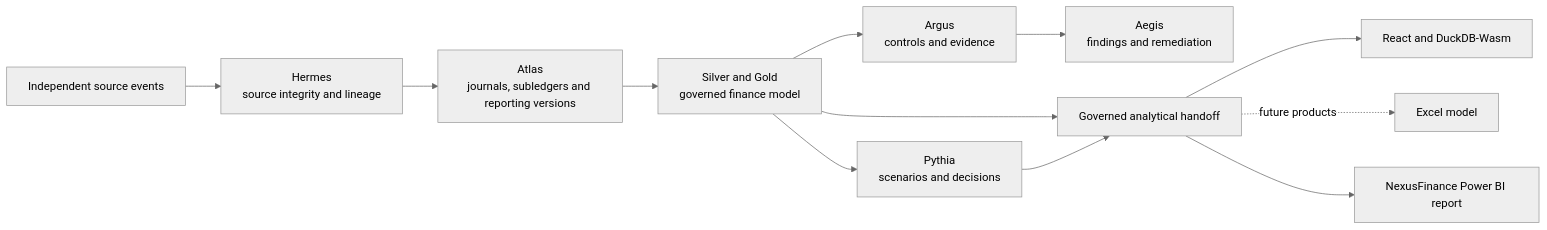
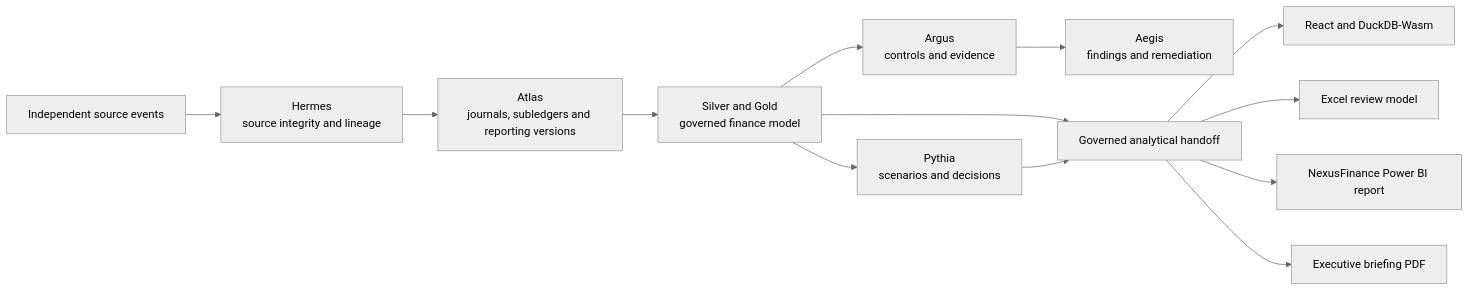
Before and after one commit to LewisA55/finance-assurance-platform: the diagram in README.md, drawn with Mermaid (neutral theme). The commit also changed other lines of this file and 45 other files, not shown here.

````diff
--- a/README.md
+++ b/README.md
@@ -119,14 +130,15 @@
 ```mermaid
 flowchart LR
     S[Independent source events] --> H[Hermes<br/>source integrity and lineage]
     H --> A[Atlas<br/>journals, subledgers and reporting versions]
     A --> G[Silver and Gold<br/>governed finance model]
     G --> R[Argus<br/>controls and evidence]
     R --> E[Aegis<br/>findings and remediation]
     G --> P[Pythia<br/>scenarios and decisions]
     G --> W[Governed analytical handoff]
     P --> W
     W --> UI[React and DuckDB-Wasm]
-    W -. future products .-> X[Excel model]
+    W --> X[Excel review model]
     W --> B[NexusFinance Power BI report]
+    W --> D[Executive briefing PDF]
 ```
````
